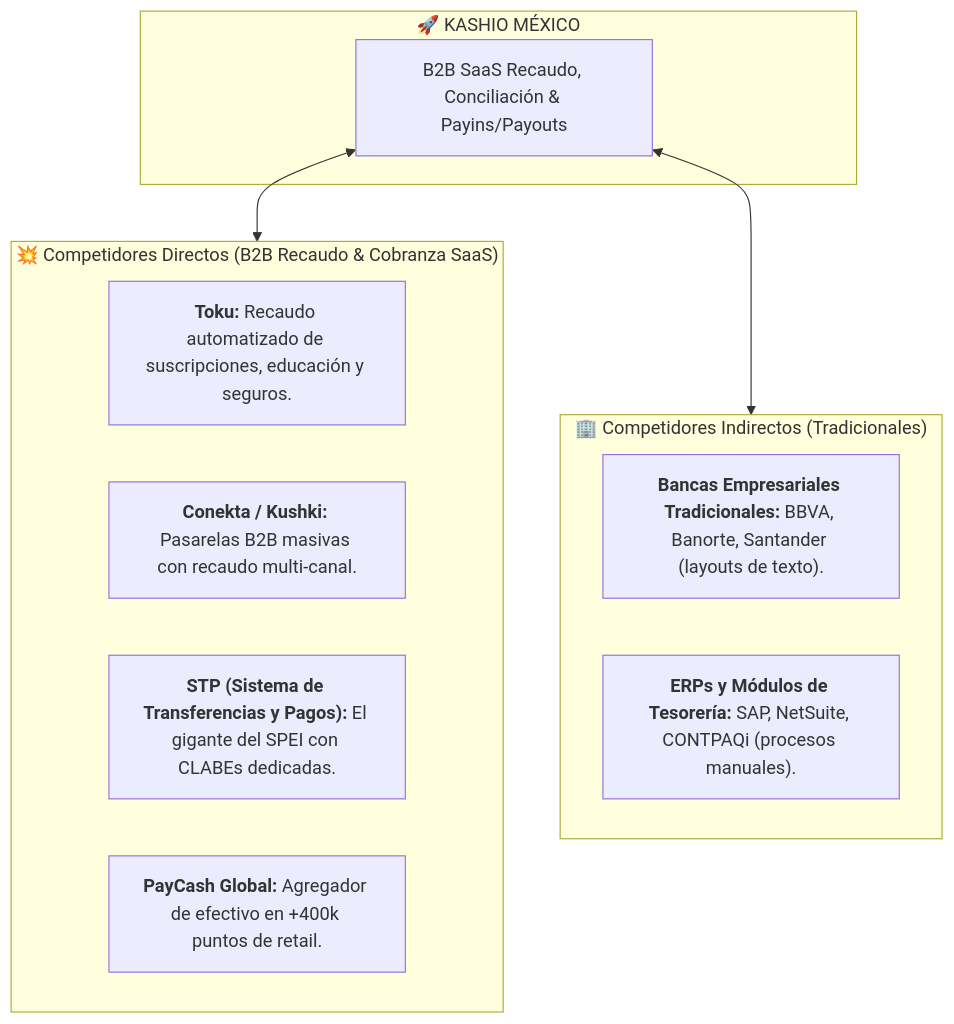
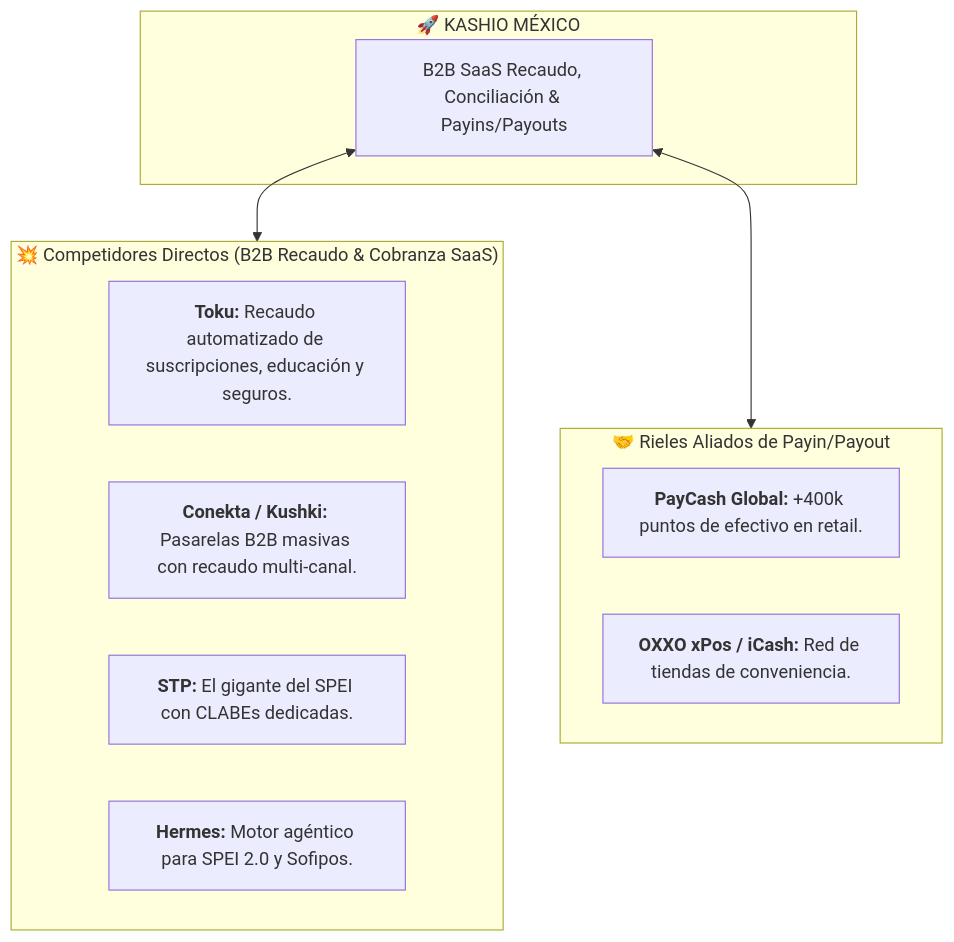
The second of 2 diagrams in RIESGOS_FRICCIONES_COMPETENCIA_KASHIO_MEXICO.md (agutierrez11/mis-agentes-y-skills), drawn with Mermaid before and after one commit. The commit also changed other lines of this file, not shown here.

Commit message:
docs: add Hermes SPEI 2.0 engine competitive intel to Kashio Mexico analysis

````diff
--- a/RIESGOS_FRICCIONES_COMPETENCIA_KASHIO_MEXICO.md
+++ b/RIESGOS_FRICCIONES_COMPETENCIA_KASHIO_MEXICO.md
@@ -47,21 +47,21 @@
 ```mermaid
 graph TD
     subgraph KASHIO ["🚀 KASHIO MÉXICO"]
         K[B2B SaaS Recaudo, Conciliación & Payins/Payouts]
     end
 
     subgraph COMP_DIRECTA ["💥 Competidores Directos (B2B Recaudo & Cobranza SaaS)"]
         D1["<b>Toku:</b> Recaudo automatizado de suscripciones, educación y seguros."]
         D2["<b>Conekta / Kushki:</b> Pasarelas B2B masivas con recaudo multi-canal."]
-        D3["<b>STP (Sistema de Transferencias y Pagos):</b> El gigante del SPEI con CLABEs dedicadas."]
-        D4["<b>PayCash Global:</b> Agregador de efectivo en +400k puntos de retail."]
+        D3["<b>STP:</b> El gigante del SPEI con CLABEs dedicadas."]
+        D4["<b>Hermes:</b> Motor agéntico para SPEI 2.0 y Sofipos."]
     end
 
-    subgraph COMP_INDIRECTA ["🏢 Competidores Indirectos (Tradicionales)"]
-        I1["<b>Bancas Empresariales Tradicionales:</b> BBVA, Banorte, Santander (layouts de texto)."]
-        I2["<b>ERPs y Módulos de Tesorería:</b> SAP, NetSuite, CONTPAQi (procesos manuales)."]
+    subgraph ALIANZAS ["🤝 Rieles Aliados de Payin/Payout"]
+        A1["<b>PayCash Global:</b> +400k puntos de efectivo en retail."]
+        A2["<b>OXXO xPos / iCash:</b> Red de tiendas de conveniencia."]
     end
 
     K <--> COMP_DIRECTA
-    K <--> COMP_INDIRECTA
+    K <--> ALIANZAS
 ```
````
